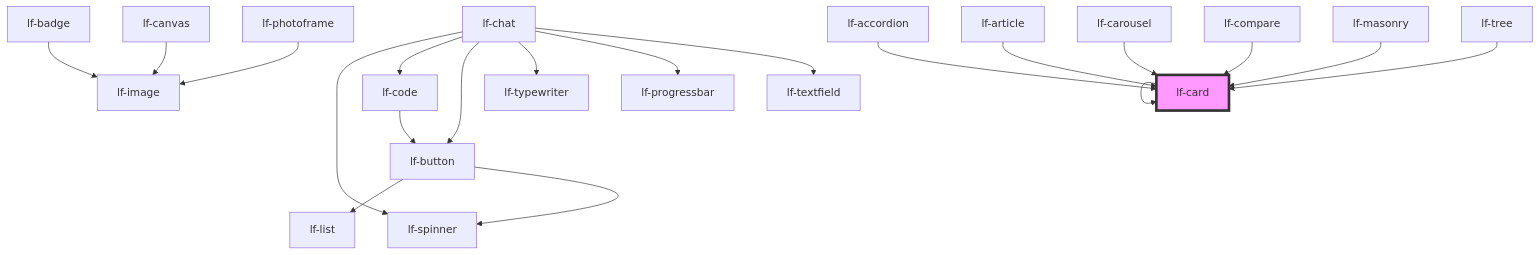
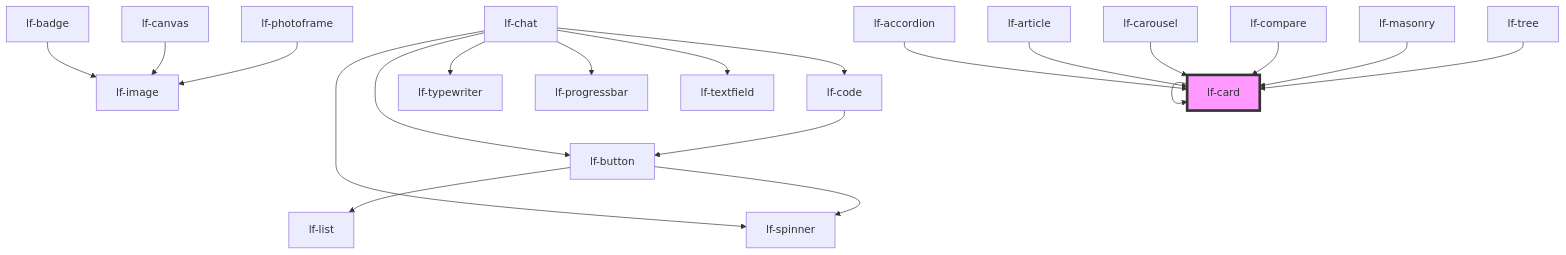
One commit to lucafoscili/lf-widgets changed the diagram in packages/core/src/components/lf-card/readme.md. Above: the diagram before and after it, drawn with Mermaid. The commit also changed other lines of this file and 14 other files, not shown here.

````diff
--- a/packages/core/src/components/lf-card/readme.md
+++ b/packages/core/src/components/lf-card/readme.md
@@ -135,23 +135,23 @@
 ```mermaid
 graph TD;
   lf-card --> lf-card
   lf-badge --> lf-image
   lf-button --> lf-list
   lf-button --> lf-spinner
   lf-canvas --> lf-image
   lf-chat --> lf-spinner
-  lf-chat --> lf-code
   lf-chat --> lf-button
   lf-chat --> lf-typewriter
   lf-chat --> lf-progressbar
   lf-chat --> lf-textfield
+  lf-chat --> lf-code
   lf-code --> lf-button
   lf-photoframe --> lf-image
   lf-accordion --> lf-card
   lf-article --> lf-card
   lf-carousel --> lf-card
   lf-compare --> lf-card
   lf-masonry --> lf-card
   lf-tree --> lf-card
   style lf-card fill:#f9f,stroke:#333,stroke-width:4px
 ```
````
